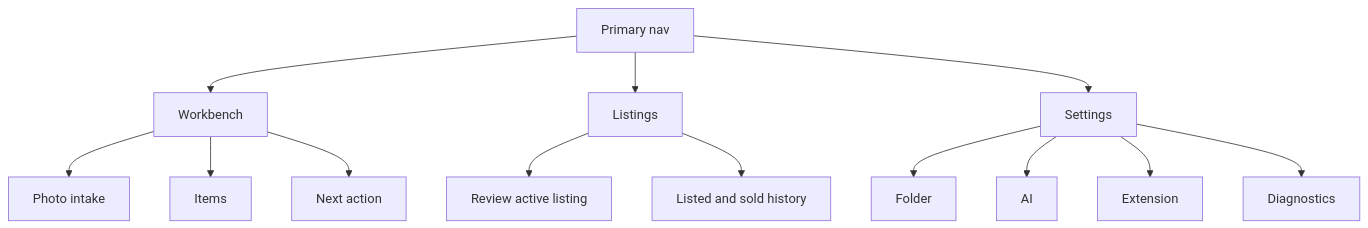
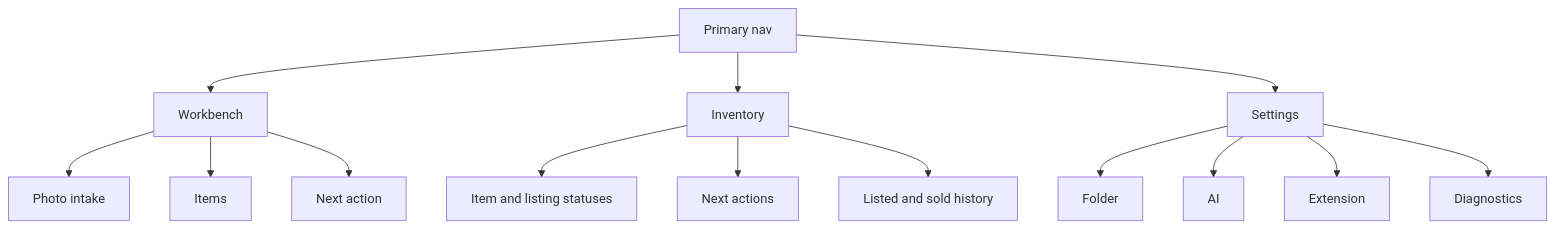
Before and after one commit to ggmwork/vintedauto: the fourth of 6 diagrams in docs/44-simplified-ux-flow-reference.md, drawn with Mermaid. The commit also changed other lines of this file and 6 other files, not shown here.

````diff
--- a/docs/44-simplified-ux-flow-reference.md
+++ b/docs/44-simplified-ux-flow-reference.md
@@ -80,18 +80,19 @@
 ```mermaid
 flowchart TD
   Nav["Primary nav"] --> Workbench["Workbench"]
-  Nav --> Listings["Listings"]
+  Nav --> Inventory["Inventory"]
   Nav --> Settings["Settings"]
 
   Workbench --> Photos["Photo intake"]
   Workbench --> Items["Items"]
   Workbench --> NextAction["Next action"]
 
-  Listings --> Review["Review active listing"]
-  Listings --> History["Listed and sold history"]
+  Inventory --> Statuses["Item and listing statuses"]
+  Inventory --> Actions["Next actions"]
+  Inventory --> History["Listed and sold history"]
 
   Settings --> Folder["Folder"]
   Settings --> AI["AI"]
   Settings --> Extension["Extension"]
   Settings --> Diagnostics["Diagnostics"]
 ```
````
